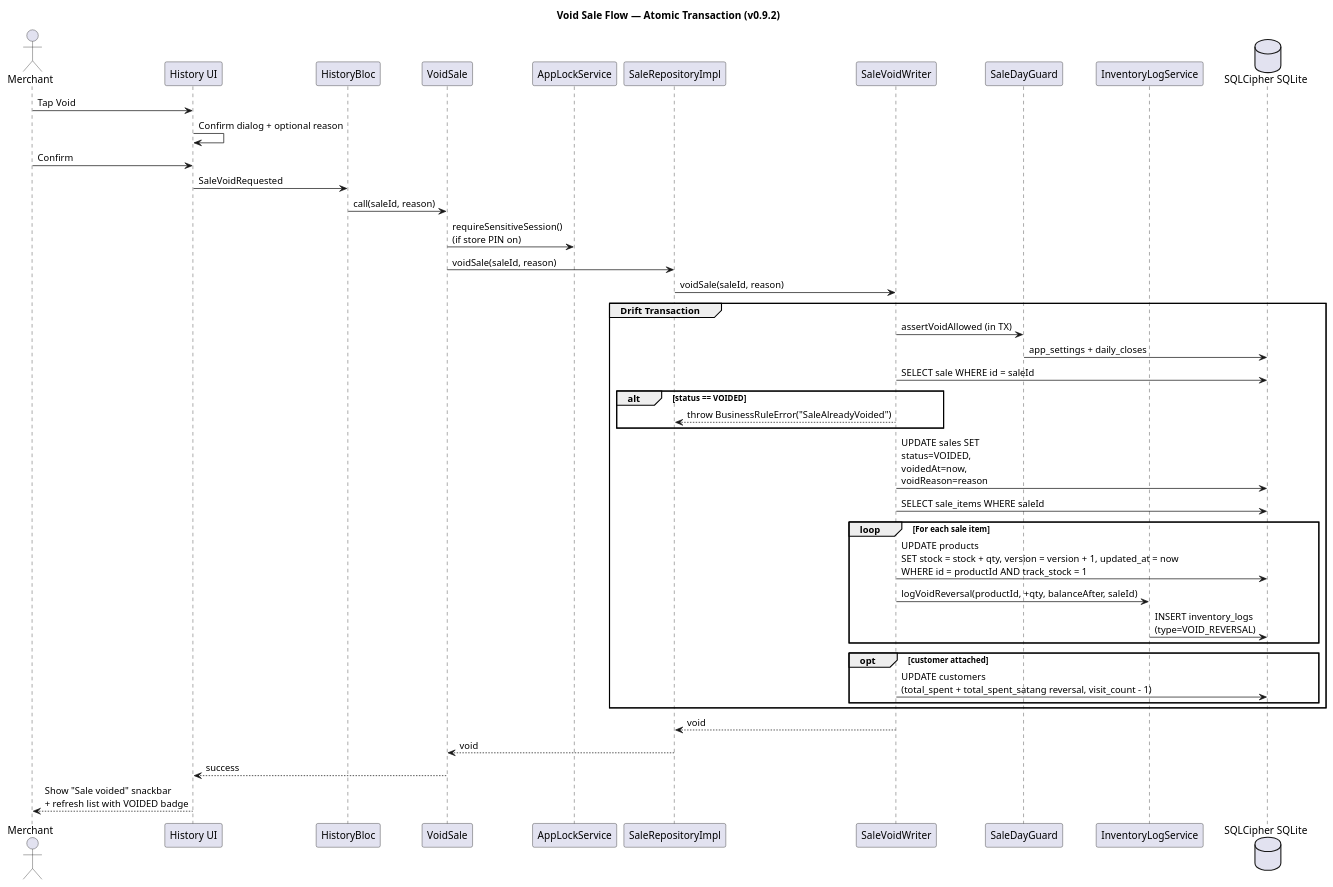
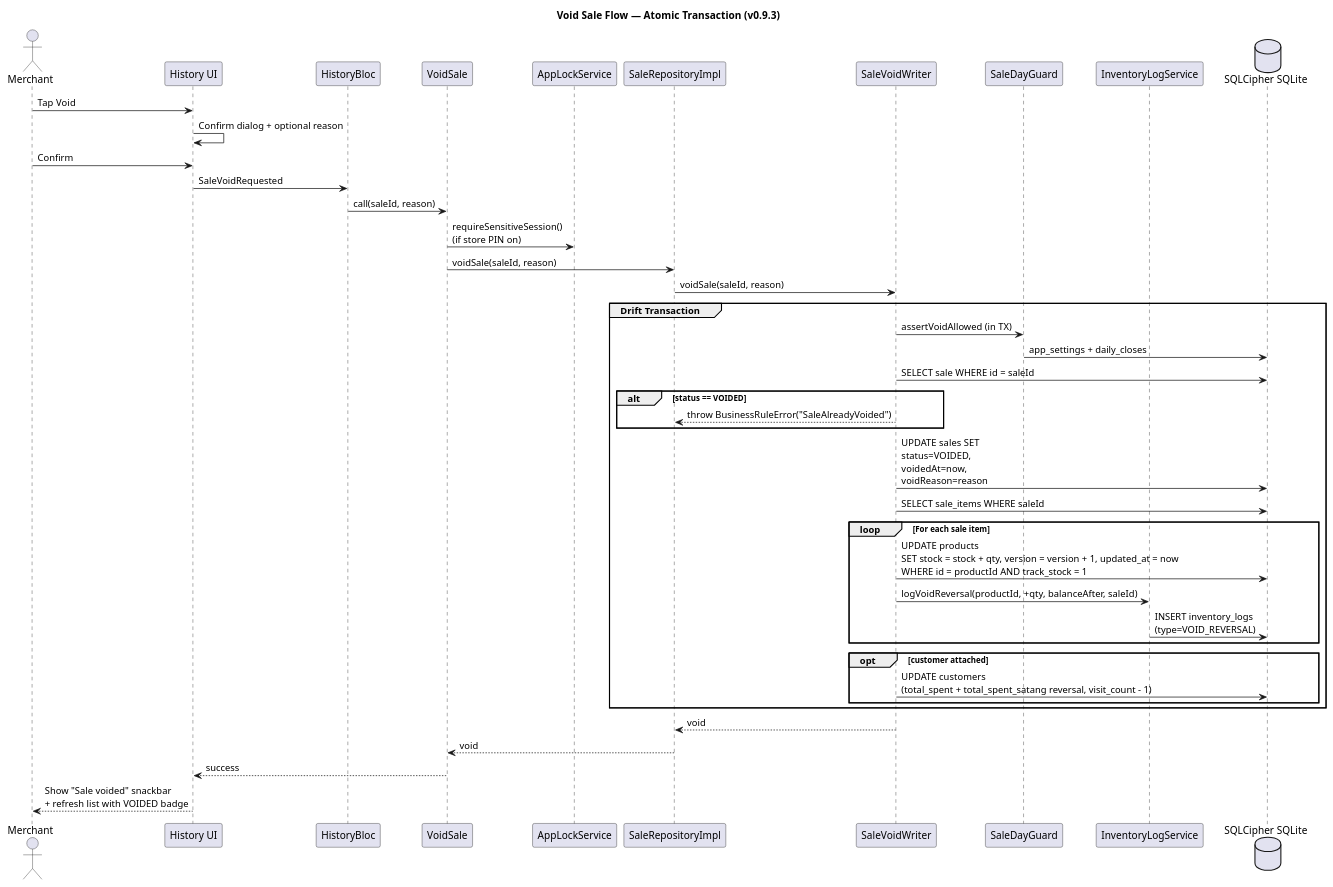
One commit to MN-Lizard-Team/promsell-pos-ce changed the diagram in docs/architecture/puml/sequence-void.puml. Above: the diagram before and after it, drawn with PlantUML. The commit also changed 43 other files, not shown here.

```diff
--- a/docs/architecture/puml/sequence-void.puml
+++ b/docs/architecture/puml/sequence-void.puml
@@ -1,50 +1,50 @@
 @startuml Sequence_Void
-title Void Sale Flow — Atomic Transaction (v0.9.2)
+title Void Sale Flow — Atomic Transaction (v0.9.3)
 
 actor Merchant
 participant "History UI" as UI
 participant "HistoryBloc" as HB
 participant "VoidSale" as UC
 participant "AppLockService" as PIN
 participant "SaleRepositoryImpl" as Repo
 participant "SaleVoidWriter" as DS
 participant "SaleDayGuard" as DG
 participant "InventoryLogService" as ILS
 database "SQLCipher SQLite" as DB
 
 Merchant -> UI: Tap Void
 UI -> UI: Confirm dialog + optional reason
 Merchant -> UI: Confirm
 UI -> HB: SaleVoidRequested
 HB -> UC: call(saleId, reason)
 UC -> PIN: requireSensitiveSession()\n(if store PIN on)
 UC -> Repo: voidSale(saleId, reason)
 Repo -> DS: voidSale(saleId, reason)
 
 group Drift Transaction
     DS -> DG: assertVoidAllowed (in TX)
     DG -> DB: app_settings + daily_closes
     DS -> DB: SELECT sale WHERE id = saleId
     alt status == VOIDED
         DS --> Repo: throw BusinessRuleError("SaleAlreadyVoided")
     end
 
     DS -> DB: UPDATE sales SET\nstatus=VOIDED,\nvoidedAt=now,\nvoidReason=reason
 
     DS -> DB: SELECT sale_items WHERE saleId
     loop For each sale item
         DS -> DB: UPDATE products\nSET stock = stock + qty, version = version + 1, updated_at = now\nWHERE id = productId AND track_stock = 1
         DS -> ILS: logVoidReversal(productId, +qty, balanceAfter, saleId)
         ILS -> DB: INSERT inventory_logs\n(type=VOID_REVERSAL)
     end
     opt customer attached
         DS -> DB: UPDATE customers\n(total_spent + total_spent_satang reversal, visit_count - 1)
     end
 end
 
 DS --> Repo: void
 Repo --> UC: void
 UC --> UI: success
 UI --> Merchant: Show "Sale voided" snackbar\n+ refresh list with VOIDED badge
 
 @enduml
```
